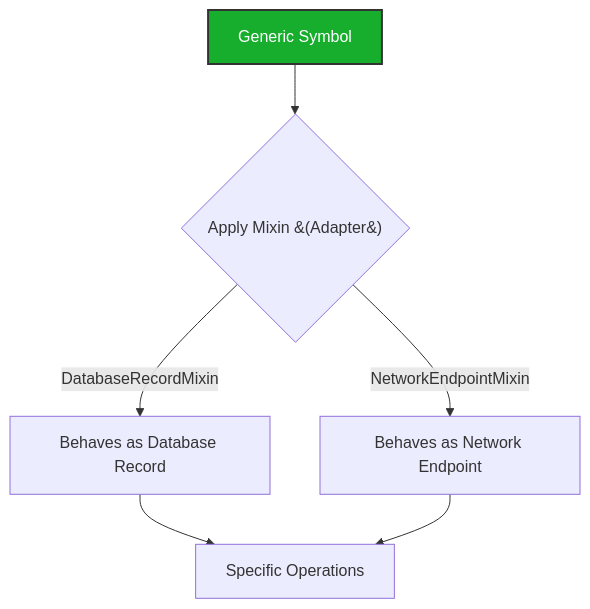
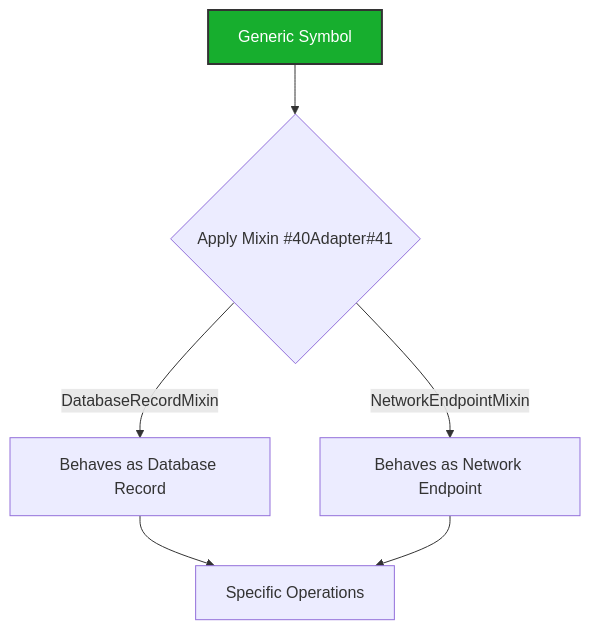
One commit to ikko/sym changed the third of 4 diagrams in docs/readme_details/11_extensibility/index.md. Above: the diagram before and after it, drawn with Mermaid. The commit also changed other lines of this file and 38 other files, not shown here.

Commit message:
mermaids maybe fixed

````diff
--- a/docs/readme_details/11_extensibility/index.md
+++ b/docs/readme_details/11_extensibility/index.md
@@ -148,12 +148,12 @@
 ```mermaid
 graph TD
-    A[Generic Symbol] --> B{Apply Mixin &#40;Adapter&#41;};
+    A[Generic Symbol] --> B{Apply Mixin #40Adapter#41};
     B -- "DatabaseRecordMixin" --> C[Behaves as Database Record];
     B -- "NetworkEndpointMixin" --> D[Behaves as Network Endpoint];
     C --> E[Specific Operations];
     D --> E;
 
     style A fill:#17ae2e,stroke:#333,stroke-width:2px,color:#FFFFFF;
 
     style A fill:#17ae2e,stroke:#333,stroke-width:2px,color:#FFFFFF;
 ```
````
